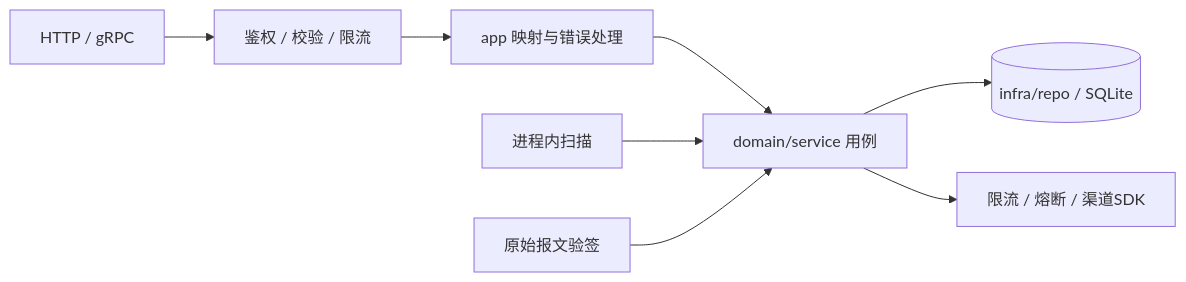
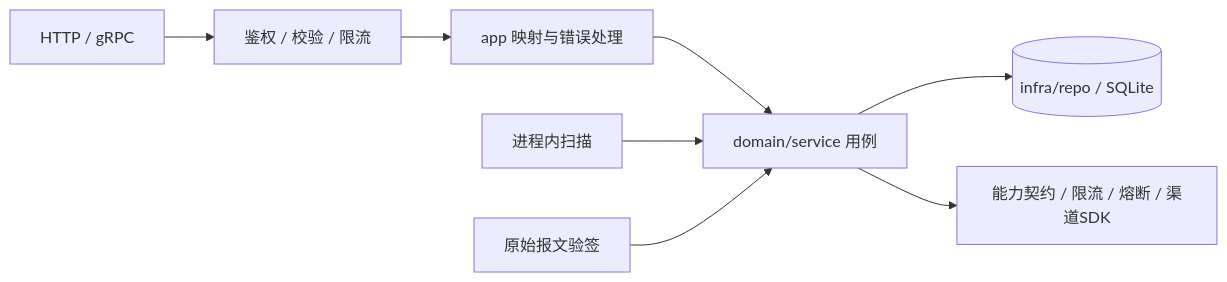
The diagram in docs/architecture.md (fino-io/orderpay), drawn with Mermaid before and after one commit. The commit also changed other lines of this file and 2 other files, not shown here.

````diff
--- a/docs/architecture.md
+++ b/docs/architecture.md
@@ -11,10 +11,10 @@
 ```mermaid
 flowchart LR
     API[HTTP / gRPC] --> Auth[鉴权 / 校验 / 限流]
     Auth --> App[app 映射与错误处理]
     App --> Domain[domain/service 用例]
     Scan[进程内扫描] --> Domain
     Callback[原始报文验签] --> Domain
     Domain --> DB[(infra/repo / SQLite)]
-    Domain --> Channel[限流 / 熔断 / 渠道SDK]
+    Domain --> Channel[能力契约 / 限流 / 熔断 / 渠道SDK]
 ```
````
